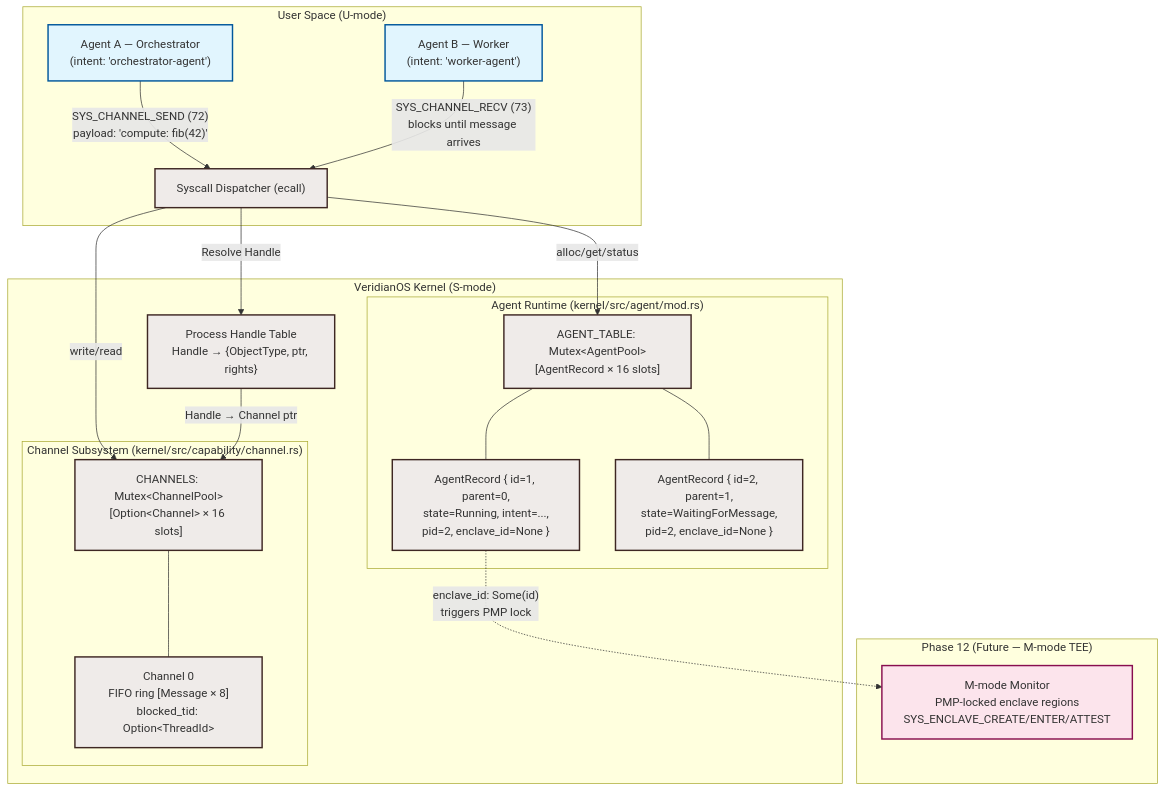
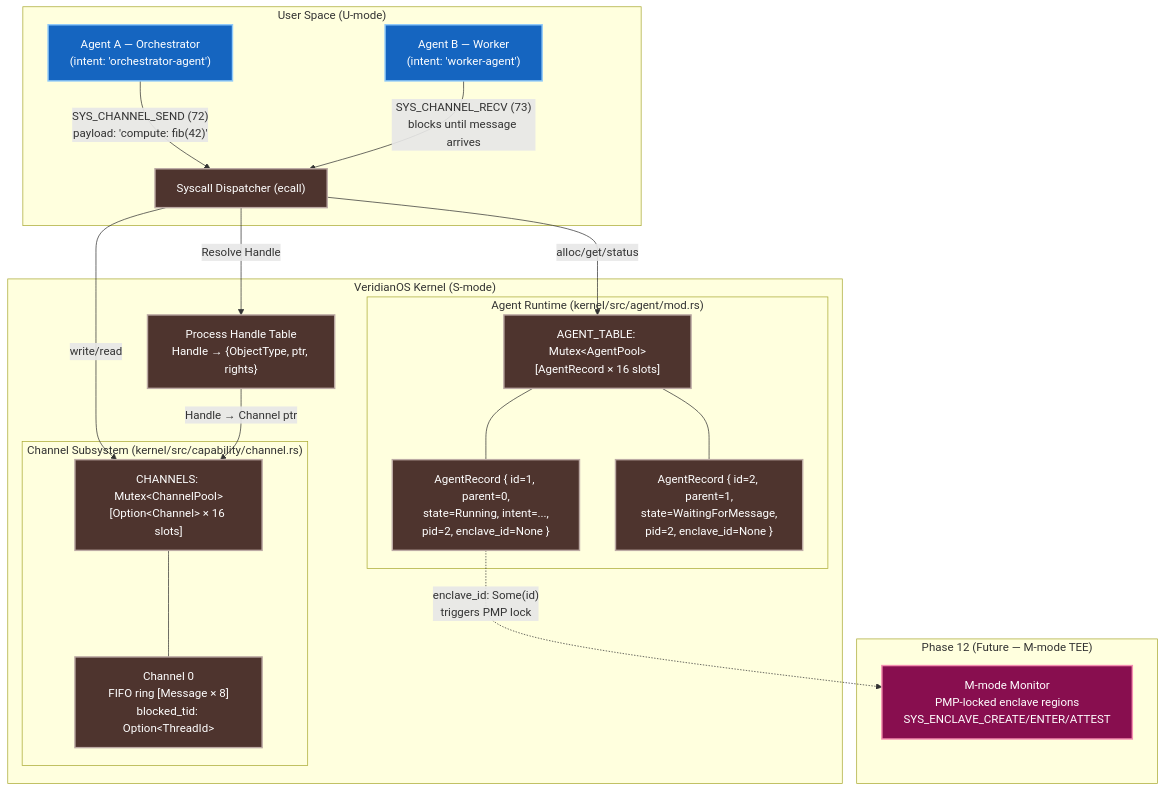
One commit to hanvith6/VeridianOS changed the diagram in docs/PHASE_09_DESIGN.md. Above: the diagram before and after it, drawn with Mermaid. The commit also changed 9 other files, not shown here.

Commit message:
docs: fix mermaid classDef contrast — dark fills + white text across all phase diagrams

````diff
--- a/docs/PHASE_09_DESIGN.md
+++ b/docs/PHASE_09_DESIGN.md
@@ -23,47 +23,47 @@
 ```mermaid
 graph TD
     subgraph UserSpace ["User Space (U-mode)"]
         AgentA["Agent A — Orchestrator\n(intent: 'orchestrator-agent')"]
         AgentB["Agent B — Worker\n(intent: 'worker-agent')"]
         AgentA -->|"SYS_CHANNEL_SEND (72)\npayload: 'compute: fib(42)'"| SyscallHandler
         AgentB -->|"SYS_CHANNEL_RECV (73)\nblocks until message arrives"| SyscallHandler
     end
 
     subgraph KernelSpace ["VeridianOS Kernel (S-mode)"]
         SyscallHandler["Syscall Dispatcher (ecall)"]
         CapTable["Process Handle Table\nHandle → {ObjectType, ptr, rights}"]
 
         subgraph AgentRuntime ["Agent Runtime (kernel/src/agent/mod.rs)"]
             AgentPool["AGENT_TABLE: Mutex&lt;AgentPool&gt;\n[AgentRecord × 16 slots]"]
             AgentRecord1["AgentRecord { id=1, parent=0,\nstate=Running, intent=...,\npid=2, enclave_id=None }"]
             AgentRecord2["AgentRecord { id=2, parent=1,\nstate=WaitingForMessage,\npid=2, enclave_id=None }"]
         end
 
         subgraph ChannelSubsystem ["Channel Subsystem (kernel/src/capability/channel.rs)"]
             ChannelPool["CHANNELS: Mutex&lt;ChannelPool&gt;\n[Option&lt;Channel&gt; × 16 slots]"]
             Channel0["Channel 0\nFIFO ring [Message × 8]\nblocked_tid: Option&lt;ThreadId&gt;"]
         end
 
         AgentPool --- AgentRecord1
         AgentPool --- AgentRecord2
         ChannelPool --- Channel0
     end
 
     SyscallHandler -->|"Resolve Handle"| CapTable
     SyscallHandler -->|"alloc/get/status"| AgentPool
     SyscallHandler -->|"write/read"| ChannelPool
     CapTable -->|"Handle → Channel ptr"| ChannelPool
 
     subgraph Phase12 ["Phase 12 (Future — M-mode TEE)"]
         EnclaveMonitor["M-mode Monitor\nPMP-locked enclave regions\nSYS_ENCLAVE_CREATE/ENTER/ATTEST"]
     end
 
     AgentRecord1 -.->|"enclave_id: Some(id)\ntriggers PMP lock"| EnclaveMonitor
 
-    classDef user fill:#e1f5fe,stroke:#01579b,stroke-width:2px;
-    classDef kernel fill:#efebe9,stroke:#3e2723,stroke-width:2px;
-    classDef tee fill:#fce4ec,stroke:#880e4f,stroke-width:2px;
+    classDef user fill:#1565c0,stroke:#90caf9,color:#ffffff,stroke-width:2px;
+    classDef kernel fill:#4e342e,stroke:#bcaaa4,color:#ffffff,stroke-width:2px;
+    classDef tee fill:#880e4f,stroke:#f48fb1,color:#ffffff,stroke-width:2px;
     class AgentA,AgentB user;
     class SyscallHandler,CapTable,AgentPool,AgentRecord1,AgentRecord2,ChannelPool,Channel0 kernel;
     class EnclaveMonitor tee;
 ```
````
